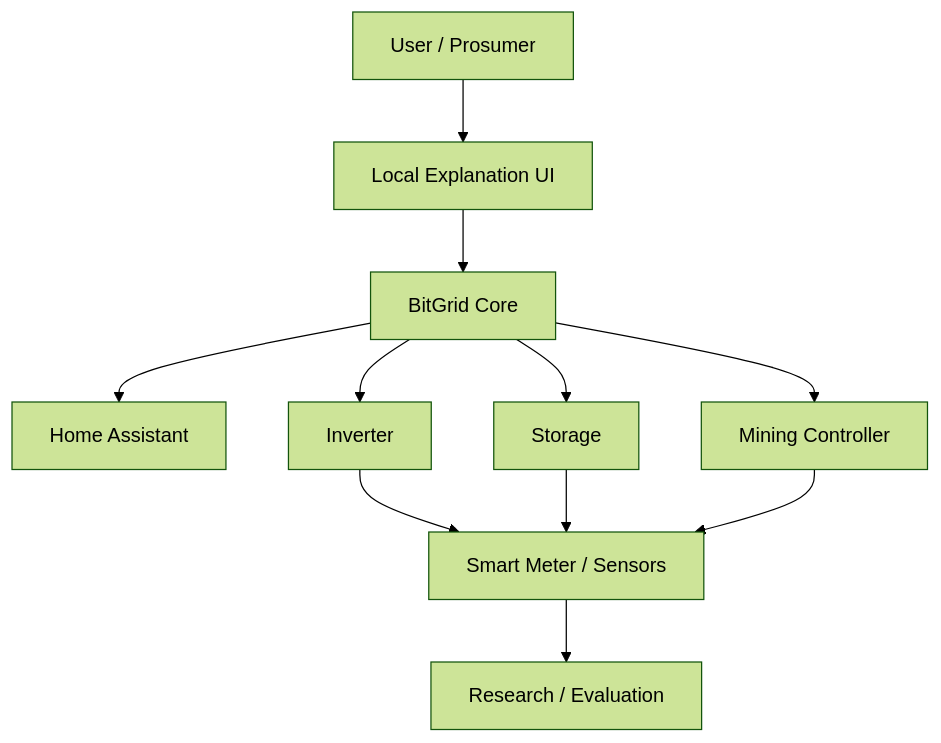
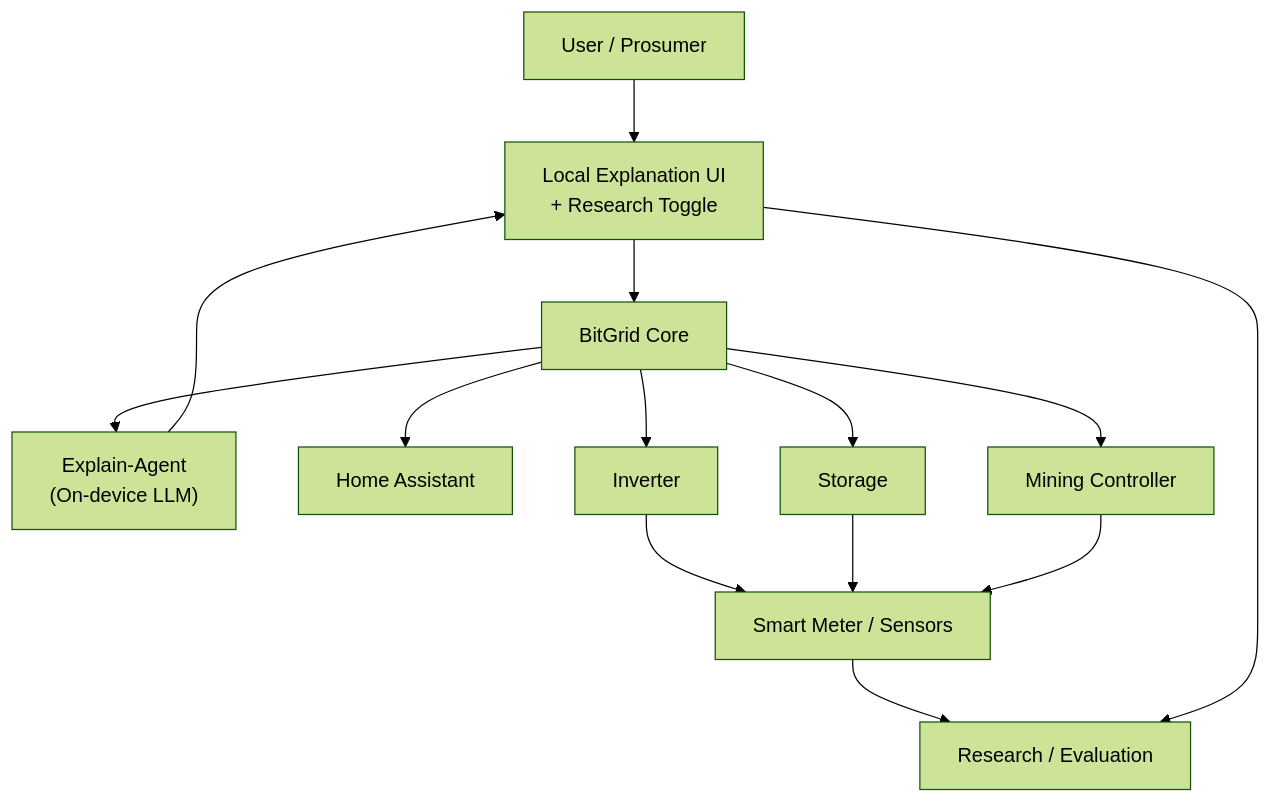
Before and after one commit to bitgrid-research/BitGridAI: the diagram in docs/architecture/03_context.md, drawn with Mermaid (forest theme). The commit also changed other lines of this file and 14 other files, not shown here.

````diff
--- a/docs/architecture/03_context.md
+++ b/docs/architecture/03_context.md
@@ -69,23 +71,27 @@
 ```mermaid
 flowchart TB
   U["User / Prosumer"]
-  UI["Local Explanation UI"]
+  UI["Local Explanation UI\n+ Research Toggle"]
   CORE["BitGrid Core"]
+  EXP["Explain-Agent\n(On-device LLM)"]
   HA["Home Assistant"]
   INV["Inverter"]
   STOR["Storage"]
   MINER["Mining Controller"]
   MTR["Smart Meter / Sensors"]
   RES["Research / Evaluation"]
 
   U --> UI
   UI --> CORE
+  CORE --> EXP
+  EXP --> UI
   CORE --> HA
   CORE --> INV
   CORE --> STOR
   CORE --> MINER
   INV --> MTR
   STOR --> MTR
   MINER --> MTR
   MTR --> RES
+  UI --> RES
 ```
````
